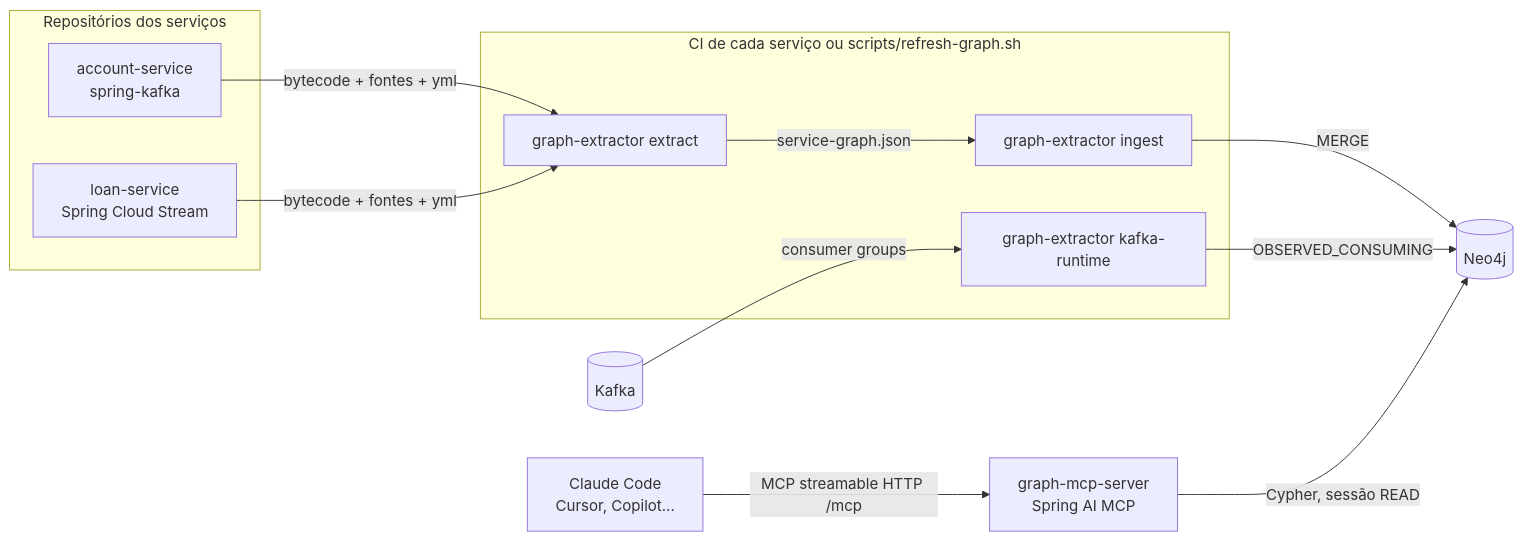
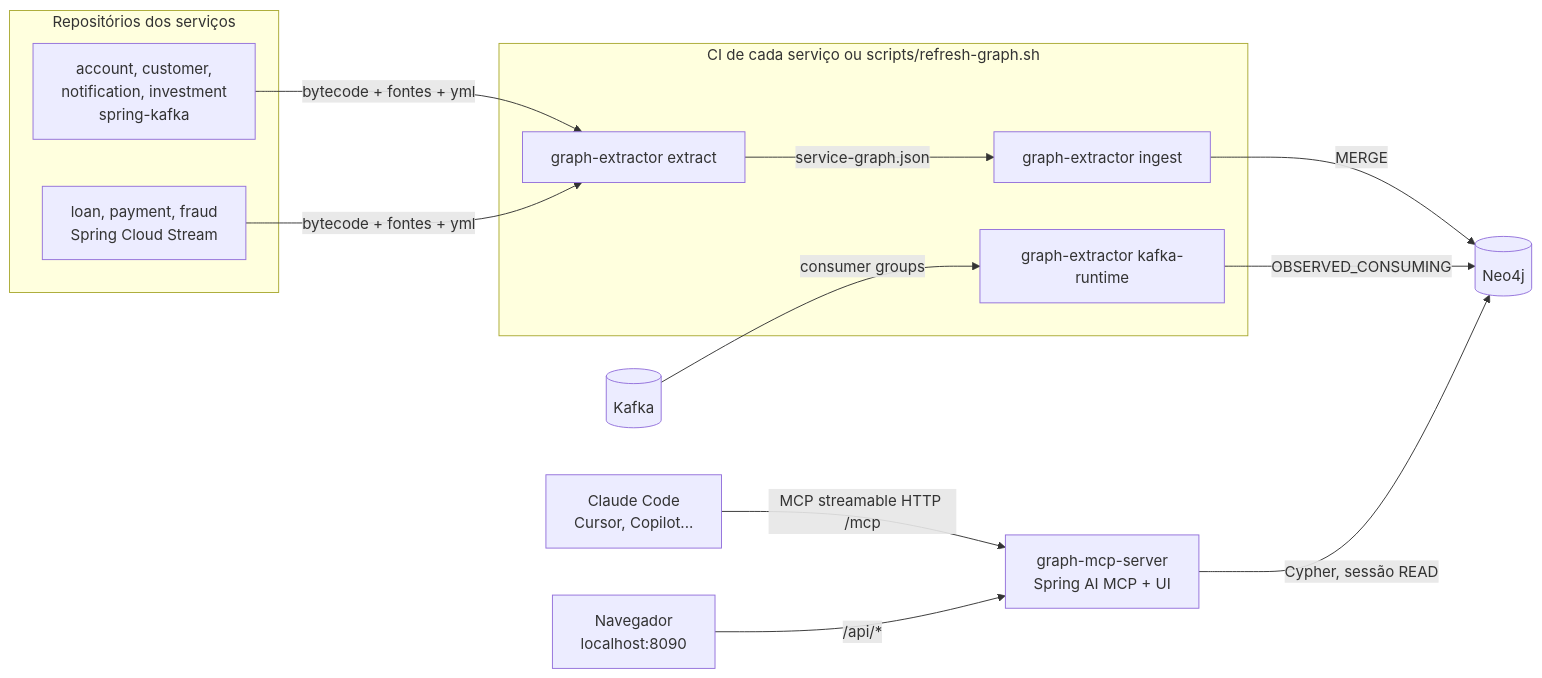
Before and after one commit to Diegobraun/system-graph-poc: the first of 2 diagrams in README.md, drawn with Mermaid. The commit also changed other lines of this file and 20 other files, not shown here.

````diff
--- a/README.md
+++ b/README.md
@@ -43,27 +54,29 @@
 ```mermaid
 flowchart LR
     subgraph repos["Repositórios dos serviços"]
-        A["account-service<br/>spring-kafka"]
-        L["loan-service<br/>Spring Cloud Stream"]
+        A["account, customer,<br/>notification, investment<br/>spring-kafka"]
+        L["loan, payment, fraud<br/>Spring Cloud Stream"]
     end
 
     subgraph pipeline["CI de cada serviço ou scripts/refresh-graph.sh"]
         X["graph-extractor extract"]
         I["graph-extractor ingest"]
         R["graph-extractor kafka-runtime"]
     end
 
     K[("Kafka")]
     N[("Neo4j")]
-    M["graph-mcp-server<br/>Spring AI MCP"]
+    M["graph-mcp-server<br/>Spring AI MCP + UI"]
     C["Claude Code<br/>Cursor, Copilot..."]
+    B["Navegador<br/>localhost:8090"]
 
     A -- "bytecode + fontes + yml" --> X
     L -- "bytecode + fontes + yml" --> X
     X -- "service-graph.json" --> I
     I -- "MERGE" --> N
     K -- "consumer groups" --> R
     R -- "OBSERVED_CONSUMING" --> N
     M -- "Cypher, sessão READ" --> N
     C -- "MCP streamable HTTP /mcp" --> M
+    B -- "/api/*" --> M
 ```
````
